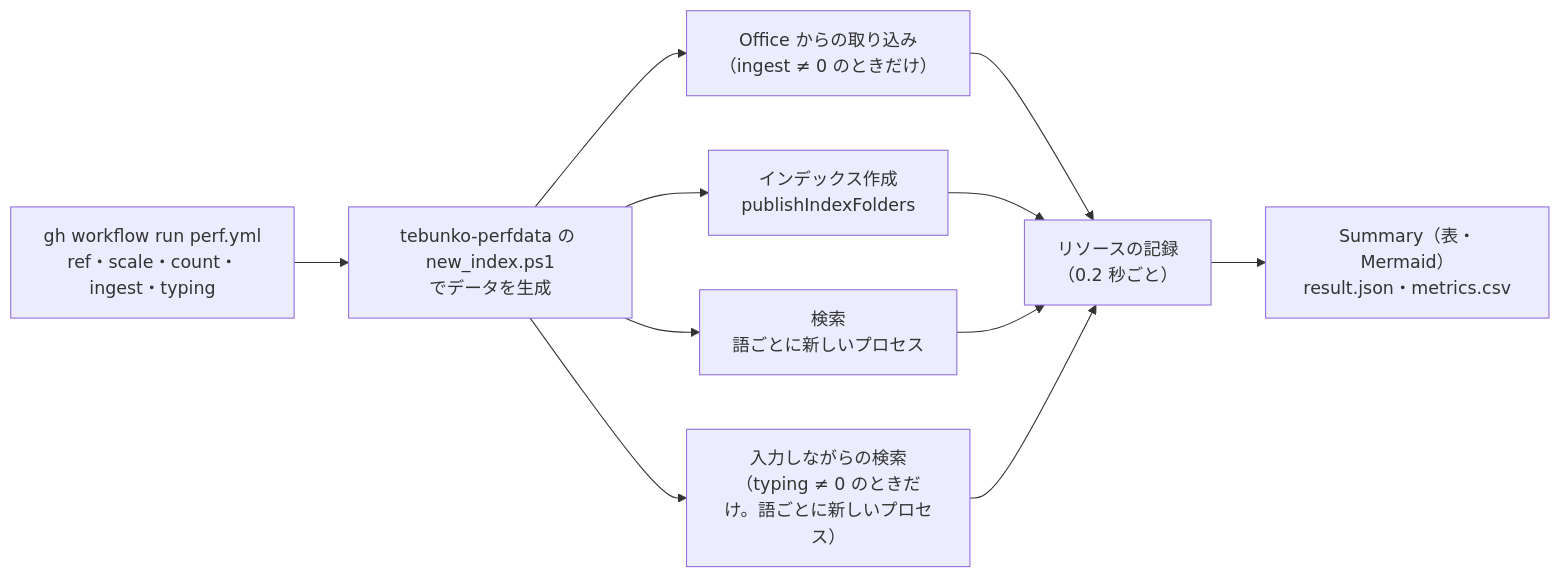
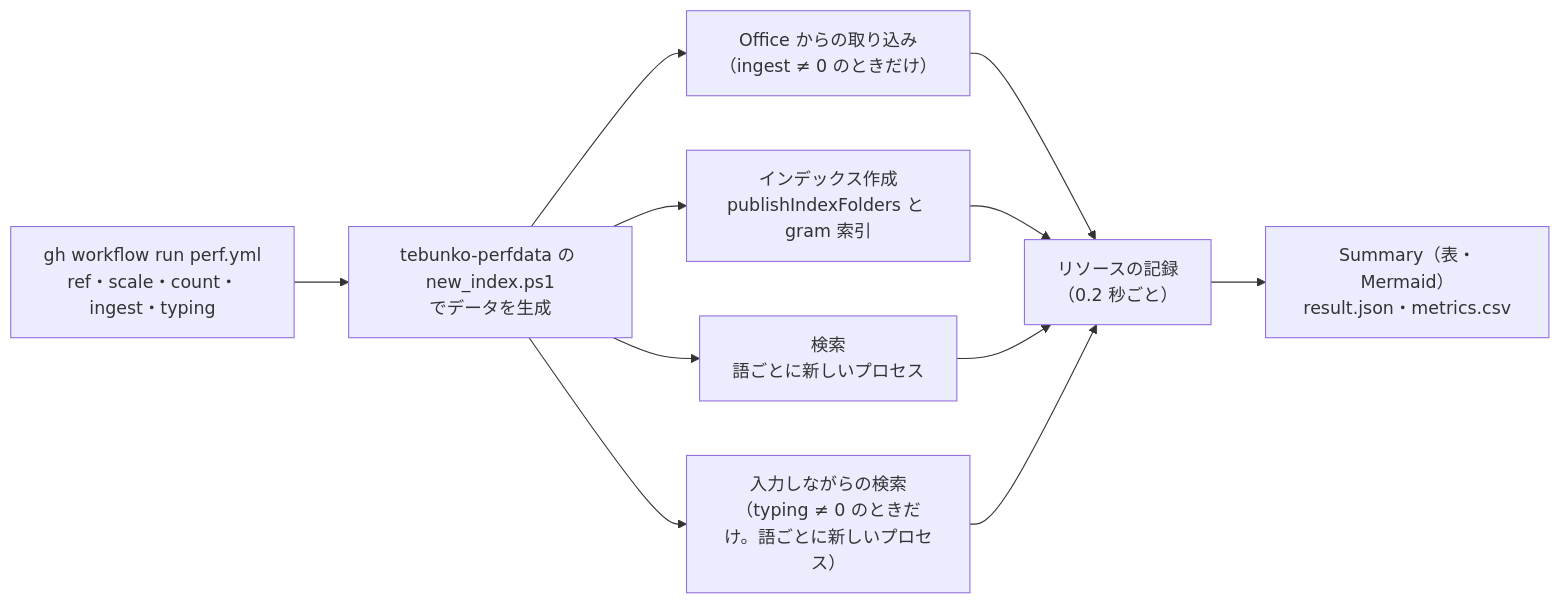
Before and after one commit to hsgwa/tebunko: the diagram in docs/design/testing/perf.md, drawn with Mermaid. The commit also changed other lines of this file and 8 other files, not shown here.

````diff
--- a/docs/design/testing/perf.md
+++ b/docs/design/testing/perf.md
@@ -7,10 +7,10 @@
 ```mermaid
 flowchart LR
     W["gh workflow run perf.yml<br>ref・scale・count・ingest・typing"] --> DATA["tebunko-perfdata の new_index.ps1<br>でデータを生成"]
     DATA --> ING["Office からの取り込み<br>（ingest ≠ 0 のときだけ）"]
-    DATA --> IDX["インデックス作成<br>publishIndexFolders"]
+    DATA --> IDX["インデックス作成<br>publishIndexFolders と gram 索引"]
     DATA --> SEARCH["検索<br>語ごとに新しいプロセス"]
     DATA --> TYPING["入力しながらの検索<br>（typing ≠ 0 のときだけ。語ごとに新しいプロセス）"]
     ING & IDX & SEARCH & TYPING --> RES["リソースの記録<br>（0.2 秒ごと）"]
     RES --> OUT["Summary（表・Mermaid）<br>result.json・metrics.csv"]
 ```
````
